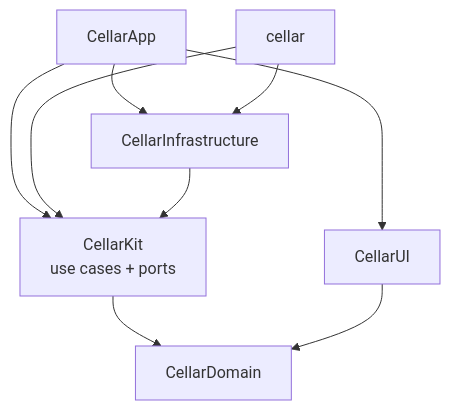
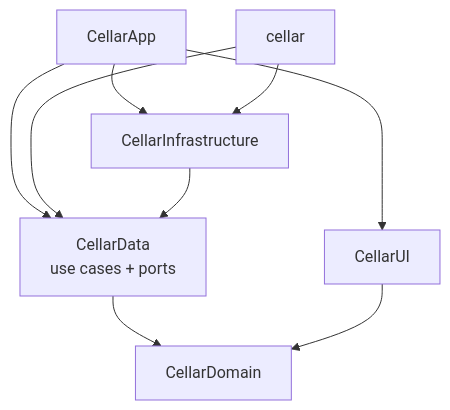
One commit to Echarnus/Cellar changed the fifth of 5 diagrams in docs/APP-ARCHITECTURE.md. Above: the diagram before and after it, drawn with Mermaid. The commit also changed other lines of this file and 375 other files, not shown here.

Commit message:
Name the engine package CellarData, the data layer of the target layout

````diff
--- a/docs/APP-ARCHITECTURE.md
+++ b/docs/APP-ARCHITECTURE.md
@@ -376,11 +376,11 @@
 ```mermaid
 flowchart TD
     App[CellarApp] --> Infra[CellarInfrastructure]
-    App --> Kit[CellarKit<br/>use cases + ports]
+    App --> Kit[CellarData<br/>use cases + ports]
     App --> UI[CellarUI]
     CLI[cellar] --> Infra
     CLI --> Kit
     Infra --> Kit
     Kit --> Domain[CellarDomain]
     UI --> Domain
 ```
````
